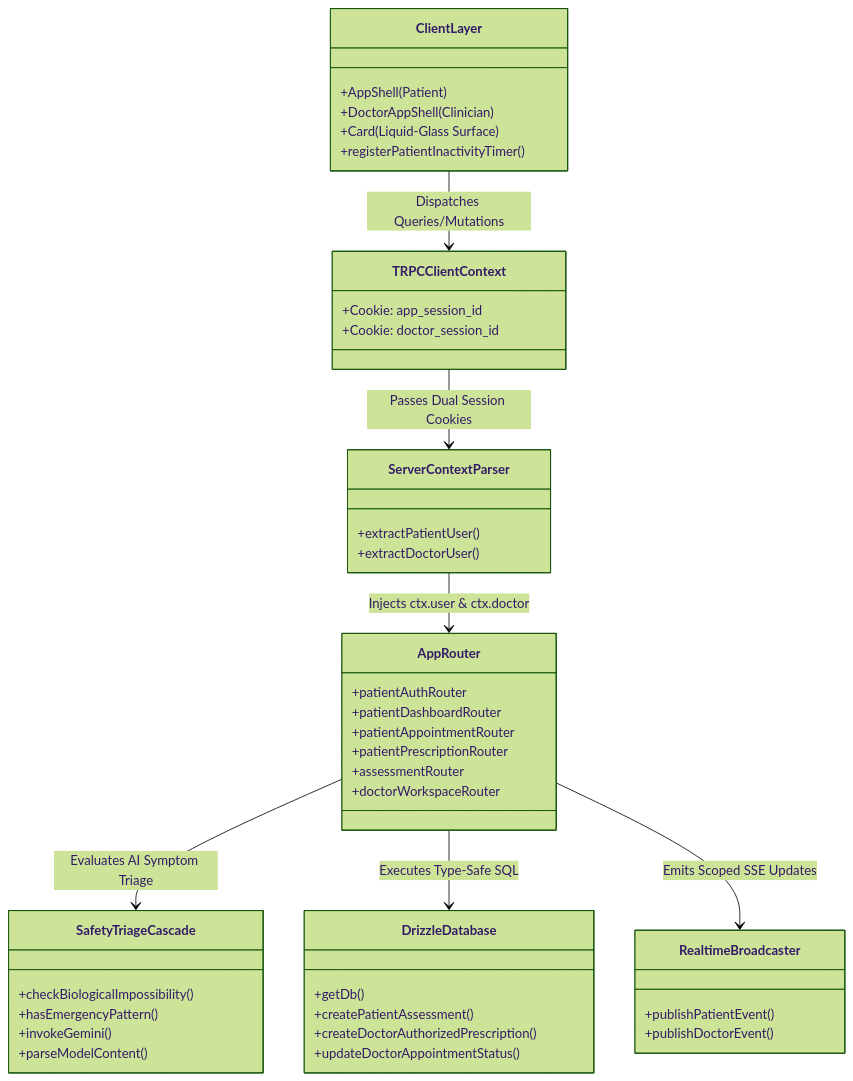
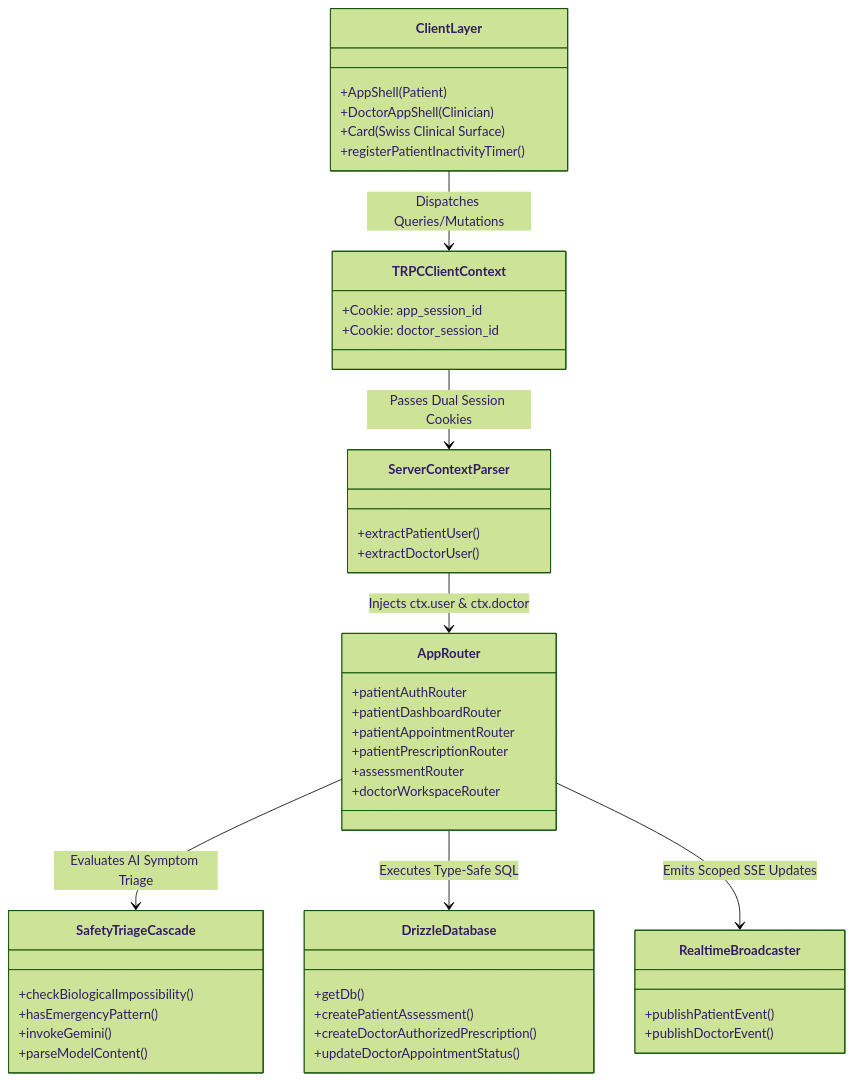
The second of 7 diagrams in SYSTEM_DIAGRAMS.md (SarthakMandhare34/New-LifeLink-Smart-Healthcare-Assistance-Platform), drawn with Mermaid (forest theme) before and after one commit. The commit also changed other lines of this file and 27 other files, not shown here.

````diff
--- a/SYSTEM_DIAGRAMS.md
+++ b/SYSTEM_DIAGRAMS.md
@@ -236,56 +249,56 @@
 ```mermaid
 classDiagram
     direction TB
 
     class ClientLayer {
         +AppShell (Patient)
         +DoctorAppShell (Clinician)
-        +Card (Liquid-Glass Surface)
+        +Card (Swiss Clinical Surface)
         +registerPatientInactivityTimer()
     }
 
     class TRPCClientContext {
         +Cookie: app_session_id
         +Cookie: doctor_session_id
     }
 
     class ServerContextParser {
         +extractPatientUser()
         +extractDoctorUser()
     }
 
     class AppRouter {
         +patientAuthRouter
         +patientDashboardRouter
         +patientAppointmentRouter
         +patientPrescriptionRouter
         +assessmentRouter
         +doctorWorkspaceRouter
     }
 
     class SafetyTriageCascade {
         +checkBiologicalImpossibility()
         +hasEmergencyPattern()
         +invokeGemini()
         +parseModelContent()
     }
 
     class RealtimeBroadcaster {
         +publishPatientEvent()
         +publishDoctorEvent()
     }
 
     class DrizzleDatabase {
         +getDb()
         +createPatientAssessment()
         +createDoctorAuthorizedPrescription()
         +updateDoctorAppointmentStatus()
     }
 
     ClientLayer --> TRPCClientContext : Dispatches Queries/Mutations
     TRPCClientContext --> ServerContextParser : Passes Dual Session Cookies
     ServerContextParser --> AppRouter : Injects ctx.user & ctx.doctor
     AppRouter --> SafetyTriageCascade : Evaluates AI Symptom Triage
     AppRouter --> DrizzleDatabase : Executes Type-Safe SQL
     AppRouter --> RealtimeBroadcaster : Emits Scoped SSE Updates
 ```
````
